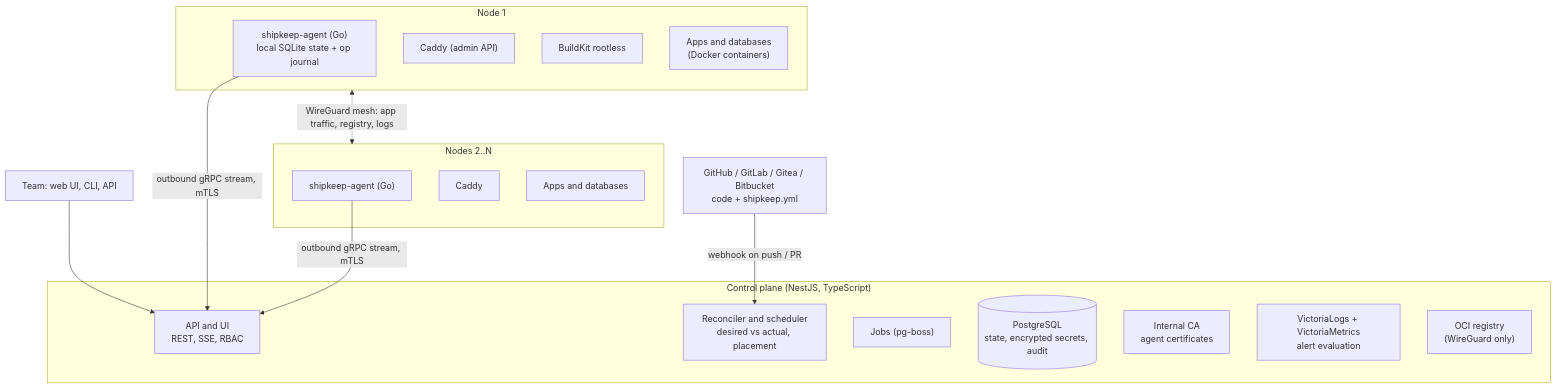
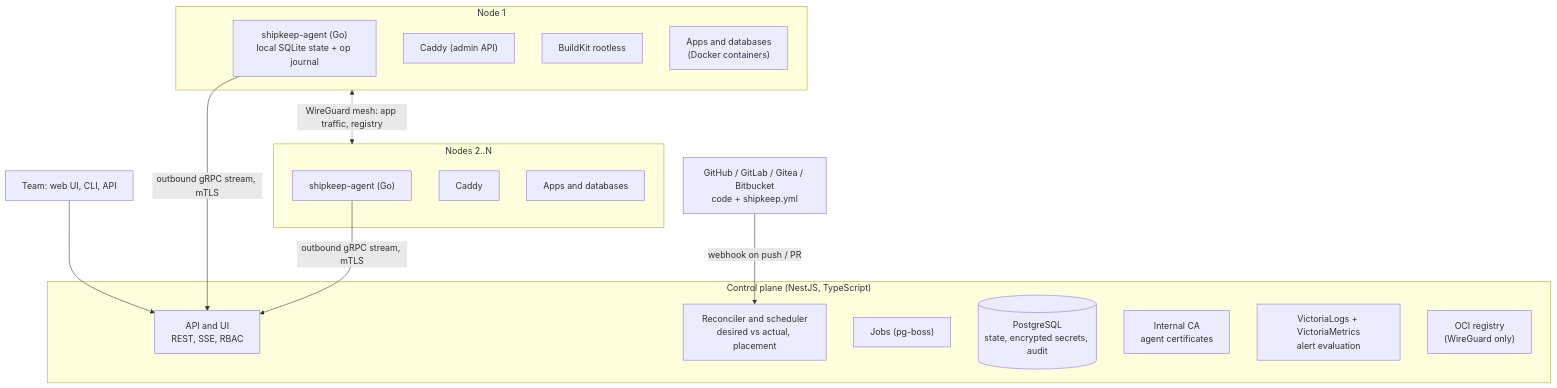
Before and after one commit to shipkeepdev/shipkeep: the diagram in docs/ARCHITECTURE.md, drawn with Mermaid. The commit also changed 5 other files, not shown here.

````diff
--- a/docs/ARCHITECTURE.md
+++ b/docs/ARCHITECTURE.md
@@ -7,32 +7,32 @@
 ```mermaid
 flowchart TB
   team["Team: web UI, CLI, API"] --> api
   git["GitHub / GitLab / Gitea / Bitbucket<br/>code + shipkeep.yml"] -- "webhook on push / PR" --> recon
 
   subgraph cp["Control plane (NestJS, TypeScript)"]
     api["API and UI<br/>REST, SSE, RBAC"]
     recon["Reconciler and scheduler<br/>desired vs actual, placement"]
     jobs["Jobs (pg-boss)"]
     pg[("PostgreSQL<br/>state, encrypted secrets, audit")]
     ca["Internal CA<br/>agent certificates"]
     obs["VictoriaLogs + VictoriaMetrics<br/>alert evaluation"]
     reg["OCI registry<br/>(WireGuard only)"]
   end
 
   subgraph n1["Node 1"]
     a1["shipkeep-agent (Go)<br/>local SQLite state + op journal"]
     c1["Caddy (admin API)"]
     b1["BuildKit rootless"]
     w1["Apps and databases<br/>(Docker containers)"]
   end
 
   subgraph n2["Nodes 2..N"]
     a2["shipkeep-agent (Go)"]
     c2["Caddy"]
     w2["Apps and databases"]
   end
 
   a1 -- "outbound gRPC stream, mTLS" --> api
   a2 -- "outbound gRPC stream, mTLS" --> api
-  n1 <-. "WireGuard mesh: app traffic, registry, logs" .-> n2
+  n1 <-. "WireGuard mesh: app traffic, registry" .-> n2
 ```
````
